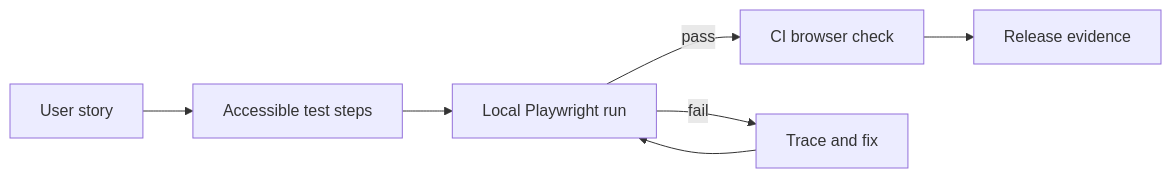
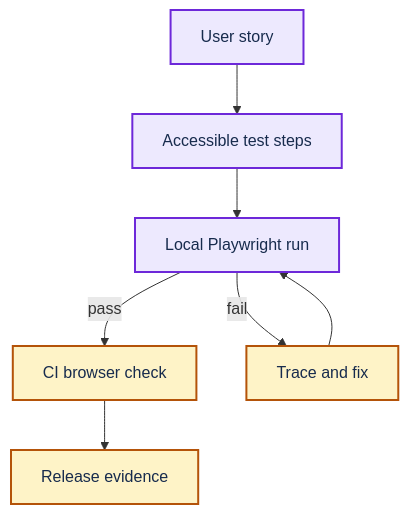
The diagram in site/content/docs/video-automated-acceptance-tests-web.md (Acestus/portfolio), drawn with Mermaid before and after one commit. The commit also changed 20 other files, not shown here.

Commit message:
Apply Mermaid and Pele style to video guides (#58)

````diff
--- a/site/content/docs/video-automated-acceptance-tests-web.md
+++ b/site/content/docs/video-automated-acceptance-tests-web.md
@@ -27,9 +27,15 @@
 ```mermaid
-flowchart LR
+flowchart TD
+  accTitle: Automated acceptance tests for a web workflow
   U[User story] --> A[Accessible test steps]
   A --> L[Local Playwright run]
   L -->|pass| C[CI browser check]
   L -->|fail| D[Trace and fix]
   D --> L
   C --> R[Release evidence]
+
+  classDef primary fill:#EDE9FE,stroke:#6D28D9,color:#172B4D,stroke-width:2px
+  classDef secondary fill:#FEF3C7,stroke:#B45309,color:#172B4D,stroke-width:2px
+  class U,A,L primary
+  class C,D,R secondary
 ```
````
